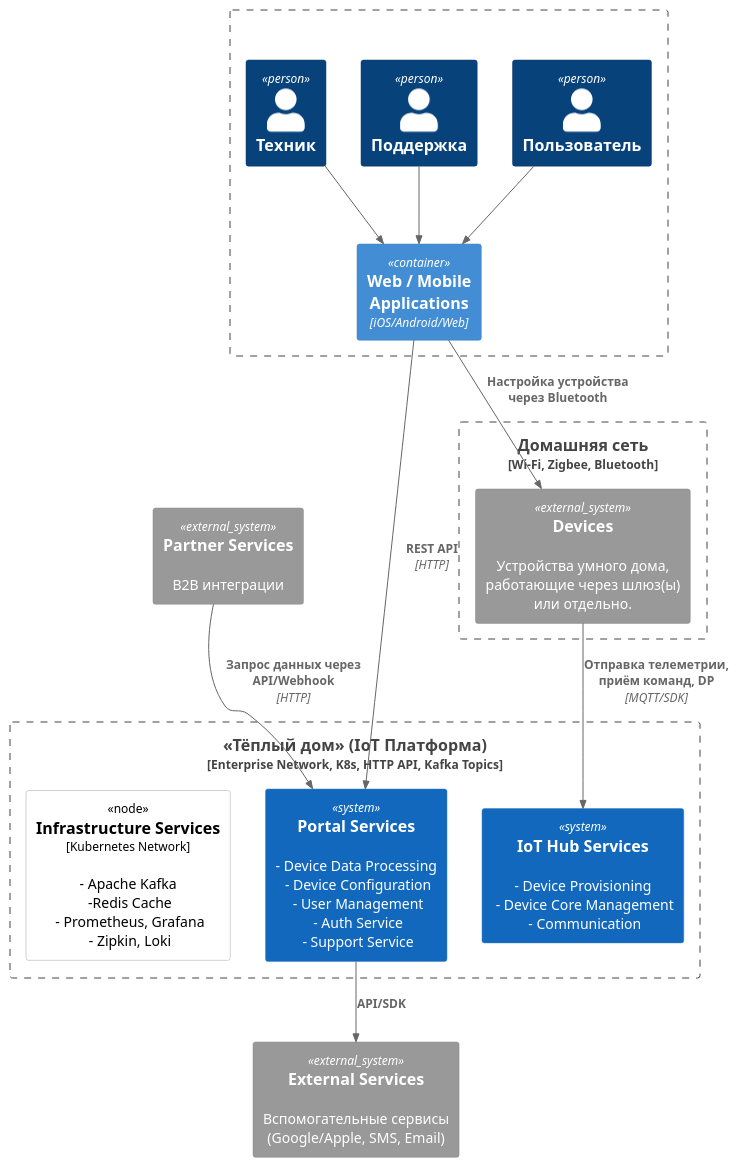
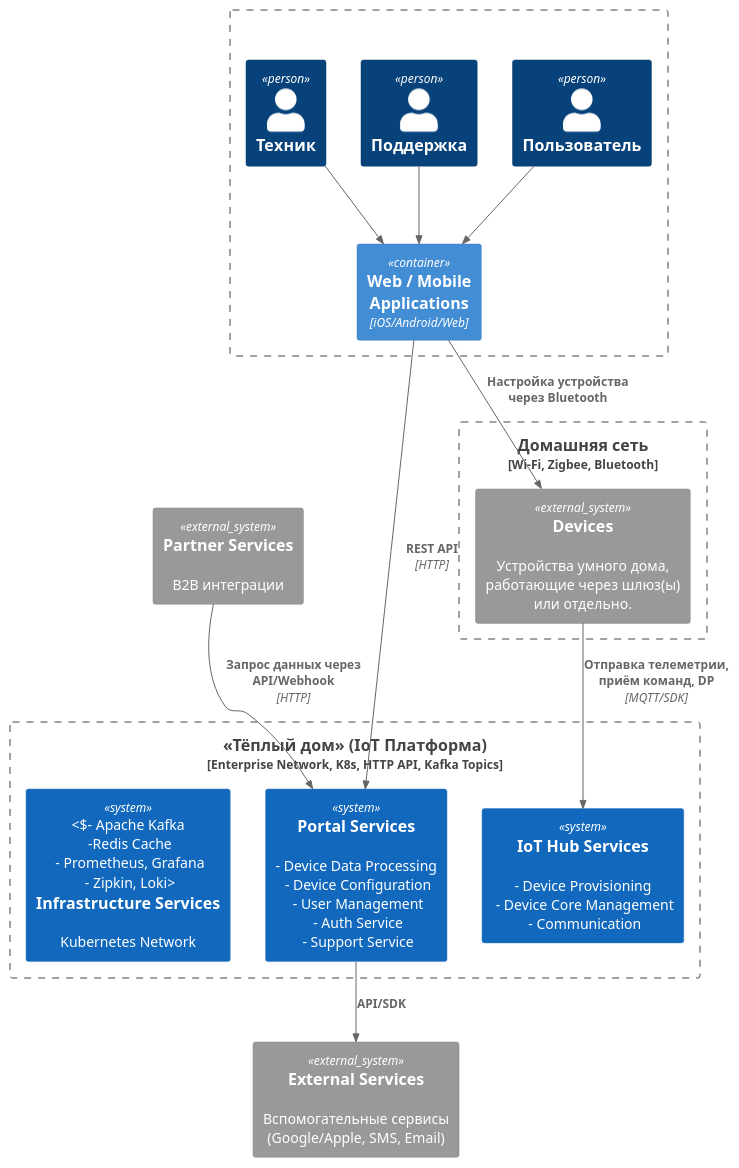
One commit to sapl/yandex-practicum-sprint-3 changed the diagram in tasks/task-1-2/system-context-diagram.puml. Above: the diagram before and after it, drawn with PlantUML. The commit also changed 5 other files, not shown here.

```diff
--- a/tasks/task-1-2/system-context-diagram.puml
+++ b/tasks/task-1-2/system-context-diagram.puml
@@ -1,37 +1,37 @@
 @startuml
 !include https://raw.githubusercontent.com/plantuml-stdlib/C4-PlantUML/master/C4_Context.puml
 !include https://raw.githubusercontent.com/plantuml-stdlib/C4-PlantUML/master/C4_Container.puml
 !include https://raw.githubusercontent.com/plantuml-stdlib/C4-PlantUML/master/C4_Component.puml
 !include https://raw.githubusercontent.com/plantuml-stdlib/C4-PlantUML/master/C4_Deployment.puml
 
 
 Boundary(actors, "") {
     Person(user, "Пользователь")
     Person(support, "Поддержка")
     Person(tech, "Техник")
     Container(apps, "Web / Mobile \n Applications", "iOS/Android/Web", "")
 }
 
 System_Ext(externalServices, "External Services", "Вспомогательные сервисы (Google/Apple, SMS, Email)")
 System_Ext(partnerSystems, "Partner Services", "B2B интеграции")
 
 Boundary(platform, "«Тёплый дом» (IoT Платформа)", "Enterprise Network, K8s, HTTP API, Kafka Topics") {
     System(iotHub, "IoT Hub Services", "- Device Provisioning \n - Device Core Management \n - Communication")
     System(portal, "Portal Services", "- Device Data Processing \n - Device Configuration \n - User Management \n - Auth Service \n - Support Service")
-    Deployment_Node(infra, "Infrastructure Services", "Kubernetes Network", "- Apache Kafka\n -Redis Cache \n - Prometheus, Grafana \n - Zipkin, Loki")
+    System(infra, "Infrastructure Services", "Kubernetes Network", "- Apache Kafka\n -Redis Cache \n - Prometheus, Grafana \n - Zipkin, Loki")
 }
 
 Boundary(home, "Домашняя сеть", "Wi-Fi, Zigbee, Bluetooth") {
     System_Ext(gateway, "Devices", "Устройства умного дома, работающие через шлюз(ы) или отдельно.")
 }
 
 Rel(user, apps, " ")
 Rel(support, apps, " ")
 Rel(tech, apps, " ")
 Rel(apps, portal, "REST API", "HTTP")
 Rel(apps, gateway, "Настройка устройства через Bluetooth")
 Rel(portal, externalServices, "API/SDK")
 Rel(partnerSystems, portal, "Запрос данных через API/Webhook", "HTTP")
 Rel(gateway, iotHub, "Отправка телеметрии, приём команд, DP", "MQTT/SDK")
 
 @enduml
```
